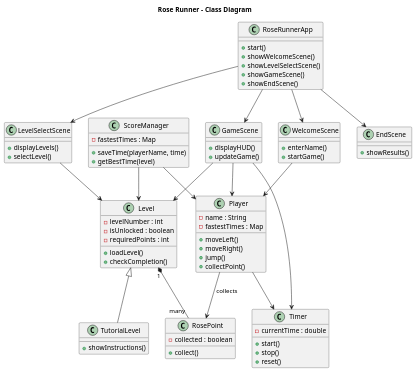
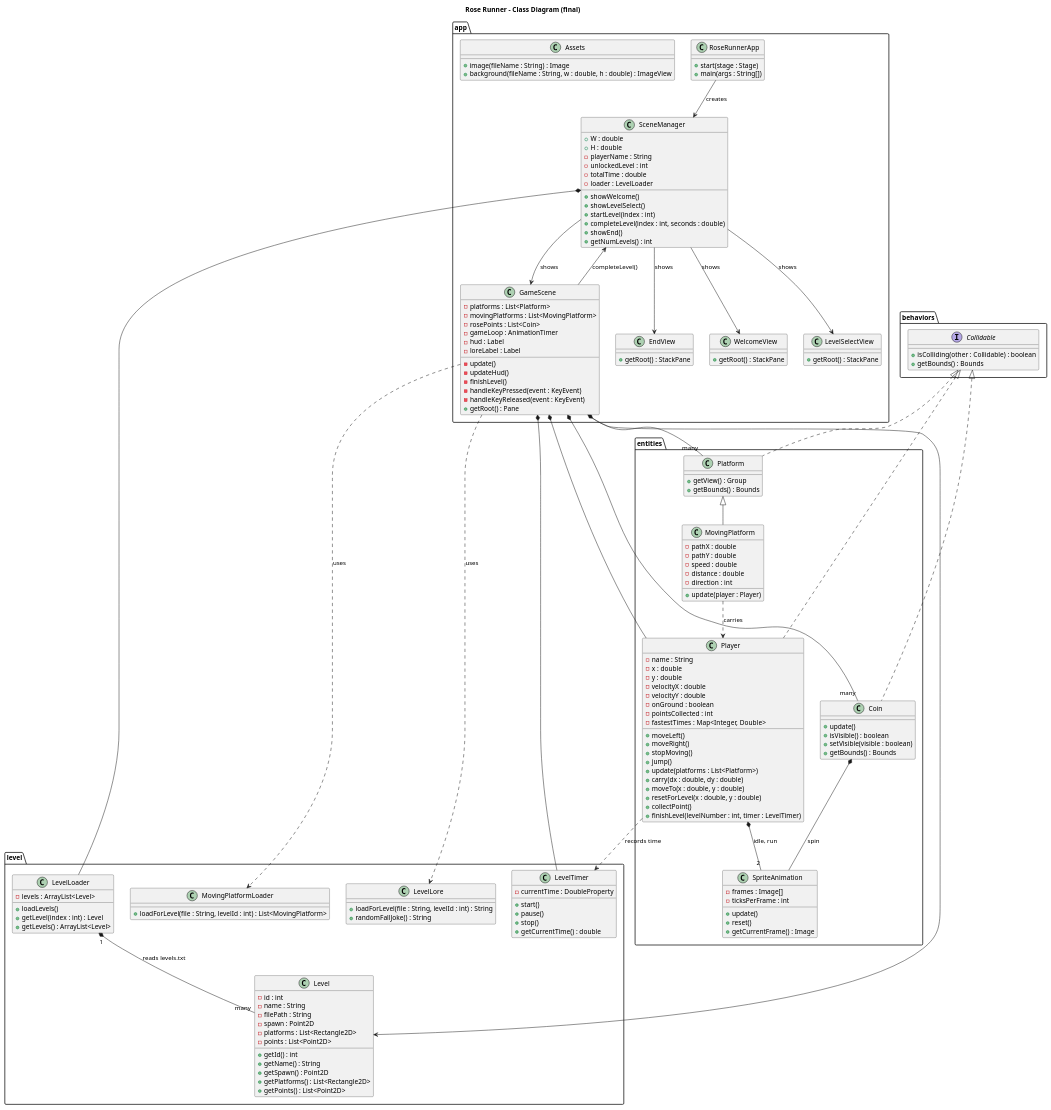
Before and after one commit to sDustova/CSSE-220-Final-Project: the diagram in Final Project UML.puml, drawn with PlantUML. The commit also changed 3 other files, not shown here.

Commit message:
Add HUD, screen-edge bounds, welcome instructions, and update README and UML

```diff
--- a/Final Project UML.puml
+++ b/Final Project UML.puml
@@ -1,93 +1,186 @@
 @startuml
 
-title Rose Runner - Class Diagram
+title Rose Runner - Class Diagram (final)
 
-class RoseRunnerApp {
-    +start()
-    +showWelcomeScene()
-    +showLevelSelectScene()
-    +showGameScene()
-    +showEndScene()
+package app {
+    class RoseRunnerApp {
+        +start(stage : Stage)
+        +main(args : String[])
+    }
+
+    class SceneManager {
+        +W : double
+        +H : double
+        -playerName : String
+        -unlockedLevel : int
+        -totalTime : double
+        -loader : LevelLoader
+        +showWelcome()
+        +showLevelSelect()
+        +startLevel(index : int)
+        +completeLevel(index : int, seconds : double)
+        +showEnd()
+        +getNumLevels() : int
+    }
+
+    class WelcomeView {
+        +getRoot() : StackPane
+    }
+
+    class LevelSelectView {
+        +getRoot() : StackPane
+    }
+
+    class GameScene {
+        -platforms : List<Platform>
+        -movingPlatforms : List<MovingPlatform>
+        -rosePoints : List<Coin>
+        -gameLoop : AnimationTimer
+        -hud : Label
+        -loreLabel : Label
+        -update()
+        -updateHud()
+        -finishLevel()
+        -handleKeyPressed(event : KeyEvent)
+        -handleKeyReleased(event : KeyEvent)
+        +getRoot() : Pane
+    }
+
+    class EndView {
+        +getRoot() : StackPane
+    }
+
+    class Assets {
+        +image(fileName : String) : Image
+        +background(fileName : String, w : double, h : double) : ImageView
+    }
 }
 
-class Player {
-    -name : String
-    -fastestTimes : Map
-    +moveLeft()
-    +moveRight()
-    +jump()
-    +collectPoint()
+package entities {
+    class Player {
+        -name : String
+        -x : double
+        -y : double
+        -velocityX : double
+        -velocityY : double
+        -onGround : boolean
+        -pointsCollected : int
+        -fastestTimes : Map<Integer, Double>
+        +moveLeft()
+        +moveRight()
+        +stopMoving()
+        +jump()
+        +update(platforms : List<Platform>)
+        +carry(dx : double, dy : double)
+        +moveTo(x : double, y : double)
+        +resetForLevel(x : double, y : double)
+        +collectPoint()
+        +finishLevel(levelNumber : int, timer : LevelTimer)
+    }
+
+    class Platform {
+        +getView() : Group
+        +getBounds() : Bounds
+    }
+
+    class MovingPlatform {
+        -pathX : double
+        -pathY : double
+        -speed : double
+        -distance : double
+        -direction : int
+        +update(player : Player)
+    }
+
+    class Coin {
+        +update()
+        +isVisible() : boolean
+        +setVisible(visible : boolean)
+        +getBounds() : Bounds
+    }
+
+    class SpriteAnimation {
+        -frames : Image[]
+        -ticksPerFrame : int
+        +update()
+        +reset()
+        +getCurrentFrame() : Image
+    }
 }
 
-class Level {
-    -levelNumber : int
-    -isUnlocked : boolean
-    -requiredPoints : int
-    +loadLevel()
-    +checkCompletion()
+package behaviors {
+    interface Collidable {
+        +isColliding(other : Collidable) : boolean
+        +getBounds() : Bounds
+    }
 }
 
-class TutorialLevel {
-    +showInstructions()
+package level {
+    class Level {
+        -id : int
+        -name : String
+        -filePath : String
+        -spawn : Point2D
+        -platforms : List<Rectangle2D>
+        -points : List<Point2D>
+        +getId() : int
+        +getName() : String
+        +getSpawn() : Point2D
+        +getPlatforms() : List<Rectangle2D>
+        +getPoints() : List<Point2D>
+    }
+
+    class LevelLoader {
+        -levels : ArrayList<Level>
+        +loadLevels()
+        +getLevel(index : int) : Level
+        +getLevels() : ArrayList<Level>
+    }
+
+    class MovingPlatformLoader {
+        +loadForLevel(file : String, levelId : int) : List<MovingPlatform>
+    }
+
+    class LevelLore {
+        +loadForLevel(file : String, levelId : int) : String
+        +randomFallJoke() : String
+    }
+
+    class LevelTimer {
+        -currentTime : DoubleProperty
+        +start()
+        +pause()
+        +stop()
+        +getCurrentTime() : double
+    }
 }
 
-class RosePoint {
-    -collected : boolean
-    +collect()
-}
+RoseRunnerApp --> SceneManager : creates
+SceneManager --> WelcomeView : shows
+SceneManager --> LevelSelectView : shows
+SceneManager --> GameScene : shows
+SceneManager --> EndView : shows
+SceneManager *-- LevelLoader
 
-class Timer {
-    -currentTime : double
-    +start()
-    +stop()
-    +reset()
-}
+LevelLoader "1" *-- "many" Level : reads levels.txt
 
-class ScoreManager {
-    -fastestTimes : Map
-    +saveTime(playerName, time)
-    +getBestTime(level)
-}
+GameScene --> Level
+GameScene *-- Player
+GameScene *-- "many" Platform
+GameScene *-- "many" Coin
+GameScene *-- LevelTimer
+GameScene ..> MovingPlatformLoader : uses
+GameScene ..> LevelLore : uses
+GameScene --> SceneManager : completeLevel()
 
-class WelcomeScene {
-    +enterName()
-    +startGame()
-}
+Collidable <|.. Player
+Collidable <|.. Platform
+Collidable <|.. Coin
+Platform <|-- MovingPlatform
+MovingPlatform ..> Player : carries
 
-class LevelSelectScene {
-    +displayLevels()
-    +selectLevel()
-}
-
-class GameScene {
-    +displayHUD()
-    +updateGame()
-}
-
-class EndScene {
-    +showResults()
-}
-
-RoseRunnerApp --> WelcomeScene
-RoseRunnerApp --> LevelSelectScene
-RoseRunnerApp --> GameScene
-RoseRunnerApp --> EndScene
-
-Player --> Timer
-Player --> RosePoint : collects
-
-Level <|-- TutorialLevel
-
-GameScene --> Player
-GameScene --> Level
-GameScene --> Timer
-
-Level "1" *-- "many" RosePoint
-
-ScoreManager --> Player
-ScoreManager --> Level
-
-LevelSelectScene --> Level
-WelcomeScene --> Player
+Player *-- "2" SpriteAnimation : idle, run
+Coin *-- SpriteAnimation : spin
+Player ..> LevelTimer : records time
 
 @enduml
```
